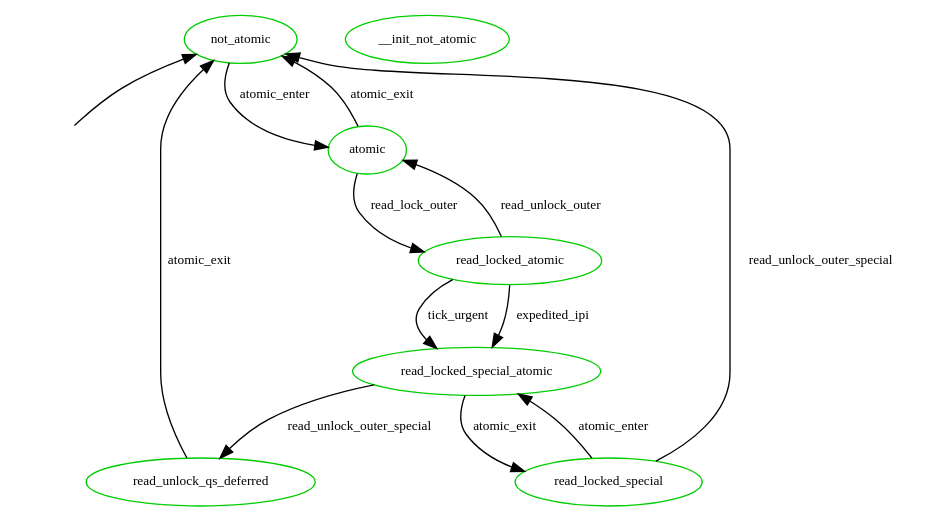
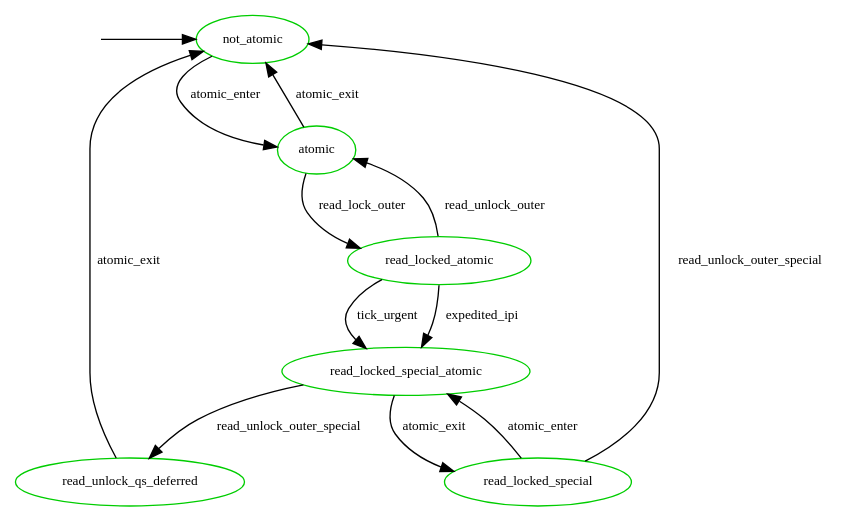
Before and after one commit to joelagnel/RCU_Supremica: the diagram in Dot_Models/defer_atomic_rlock_runlock.dot, drawn with Graphviz. The commit also changed 1 other file, not shown here.

```diff
--- a/Dot_Models/defer_atomic_rlock_runlock.dot
+++ b/Dot_Models/defer_atomic_rlock_runlock.dot
@@ -1,37 +1,37 @@
 digraph state_automaton {
 	center = true;
 	// size = "700,800";
 	nodesep = 0.5;
-	{node [shape = plaintext, style=invis, label=""] "__init_atomic"};
+	{node [shape = plaintext, style=invis, label=""] "__init_not_atomic"};
 	node [shape = ellipse, fontsize=10, color = green3];
 	edge [fontsize=10];
 
-	"__init_atomic" -> "not_atomic";
+	"__init_not_atomic" -> "not_atomic";
 
 	/* Handling for pirq dis, read-lock, read-unlock, pirq en */
 	"atomic" [label = "atomic"];
 	"read_locked_atomic" [label = "read_locked_atomic"];
 	"read_unlock_qs_deferred" [label = "read_unlock_qs_deferred"];
 
 	"atomic" -> "read_locked_atomic" [ label = "read_lock_outer" ];
 	"read_locked_atomic" -> "atomic" [ label = "read_unlock_outer" ];
 	/* After transition to read_locked_special_atomic,
 	 * everything remains same as defer_rlock_atomic_runlock.dot */
 	"read_locked_atomic" -> "read_locked_special_atomic" [ label = "tick_urgent" ];
 	"read_locked_atomic" -> "read_locked_special_atomic" [ label = "expedited_ipi" ];
 
         "read_locked_special" -> "read_locked_special_atomic" [ label = "atomic_enter" ];
         "read_locked_special_atomic" -> "read_locked_special" [ label = "atomic_exit" ];
 
 	"read_locked_special" -> "not_atomic" [ label = "read_unlock_outer_special" ];
 	"atomic" -> "not_atomic" [ label = "atomic_exit" ];
 	"not_atomic" -> "atomic" [ label = "atomic_enter" ];
 
 	"read_locked_special_atomic" -> "read_unlock_qs_deferred" [ label = "read_unlock_outer_special" ];
 	"read_unlock_qs_deferred" -> "not_atomic" [ label = "atomic_exit" ];
 
 	{ rank = min ;
 		"__init_not_atomic";
 		"not_atomic";
 	}
 }
```
